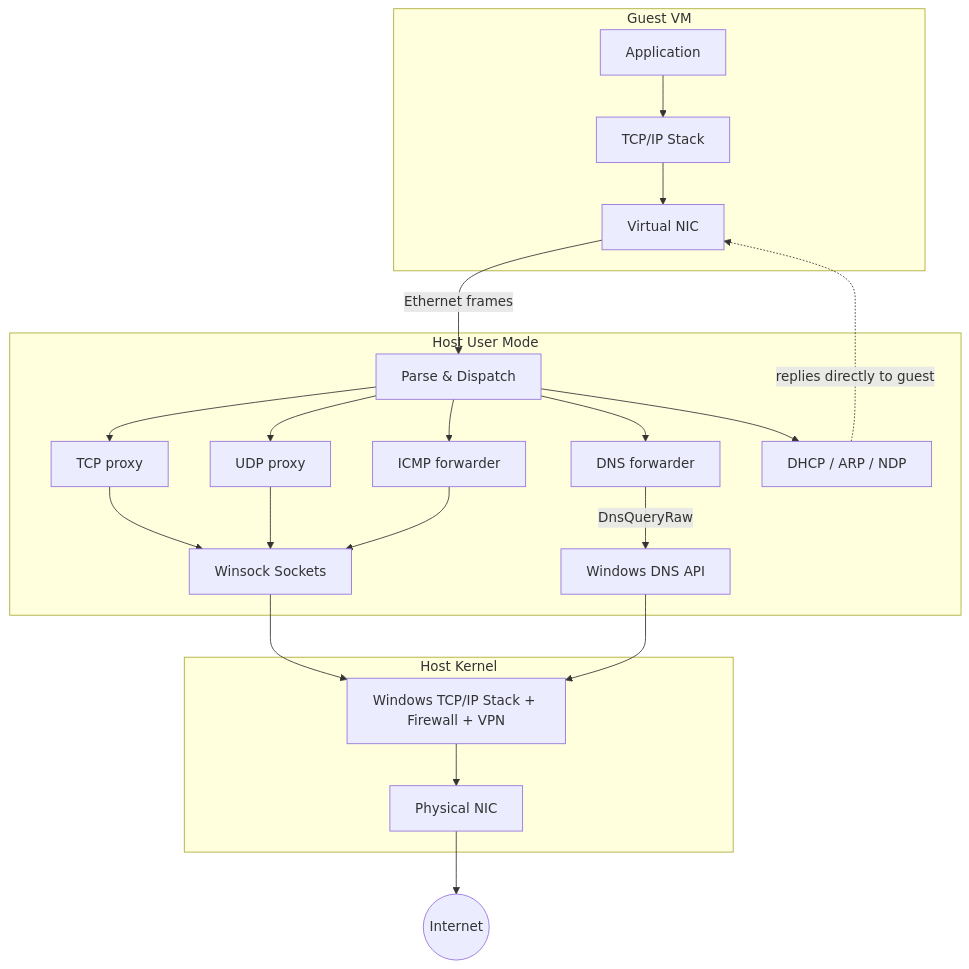
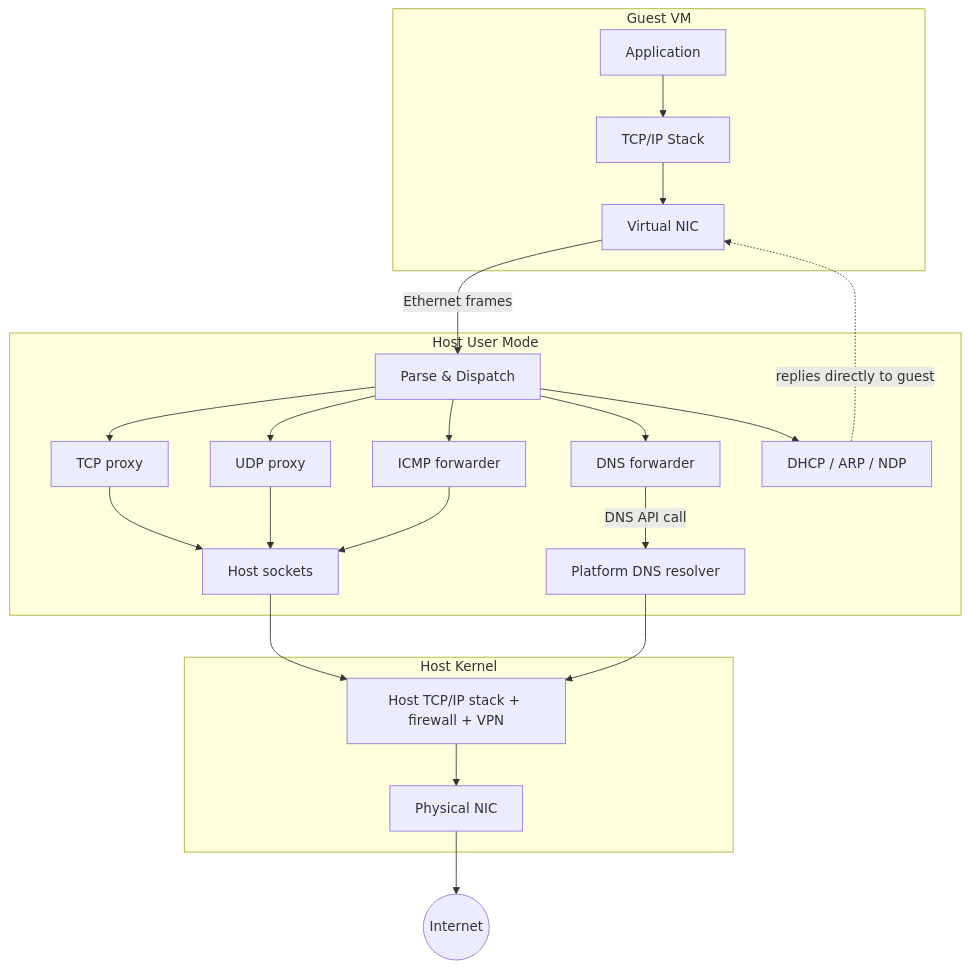
Before and after one commit to microsoft/openvmm: the diagram in Guide/src/reference/backends/consomme.md, drawn with Mermaid. The commit also changed other lines of this file, not shown here.

````diff
--- a/Guide/src/reference/backends/consomme.md
+++ b/Guide/src/reference/backends/consomme.md
@@ -15,26 +18,26 @@
 ```mermaid
 flowchart TB
     subgraph VM ["Guest VM"]
         App["Application"] --> GuestStack["TCP/IP Stack"] --> VNIC["Virtual NIC"]
     end
 
     subgraph UserMode ["Host User Mode"]
         VNIC -- "Ethernet frames" --> Parse["Parse & Dispatch"]
         Parse --> TCPProxy["TCP proxy"]
         Parse --> UDPProxy["UDP proxy"]
         Parse --> ICMPFwd["ICMP forwarder"]
         Parse --> DNSFwd["DNS forwarder"]
         Parse --> DHCPSrv["DHCP / ARP / NDP"]
-        TCPProxy & UDPProxy & ICMPFwd --> Sockets["Winsock Sockets"]
-        DNSFwd -- "DnsQueryRaw" --> WinDNS["Windows DNS API"]
+        TCPProxy & UDPProxy & ICMPFwd --> Sockets["Host sockets"]
+        DNSFwd -- "DNS API call" --> HostDNS["Platform DNS resolver"]
         DHCPSrv -. "replies directly to guest" .-> VNIC
     end
 
     subgraph Kernel ["Host Kernel"]
-        Sockets --> HostStack["Windows TCP/IP Stack + Firewall + VPN"]
-        WinDNS --> HostStack
+        Sockets --> HostStack["Host TCP/IP stack + firewall + VPN"]
+        HostDNS --> HostStack
         HostStack --> NIC["Physical NIC"]
     end
 
     NIC --> Internet((Internet))
 ```
````
